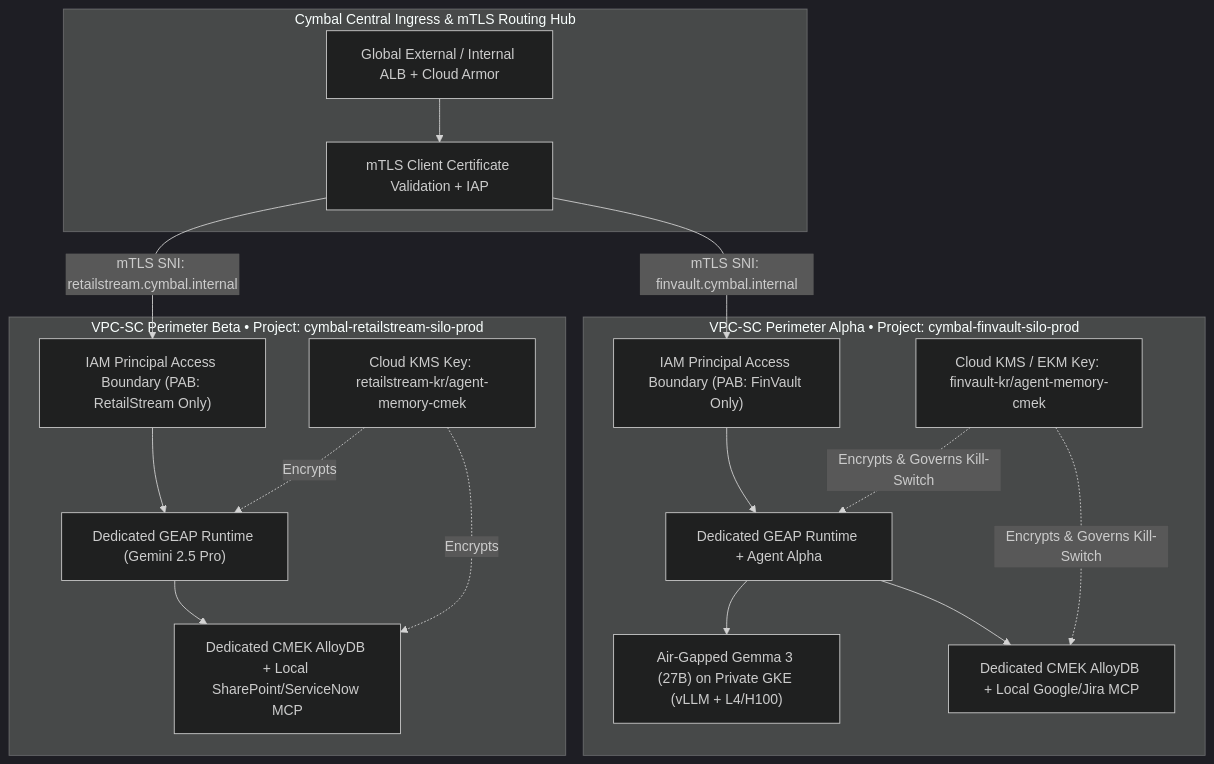
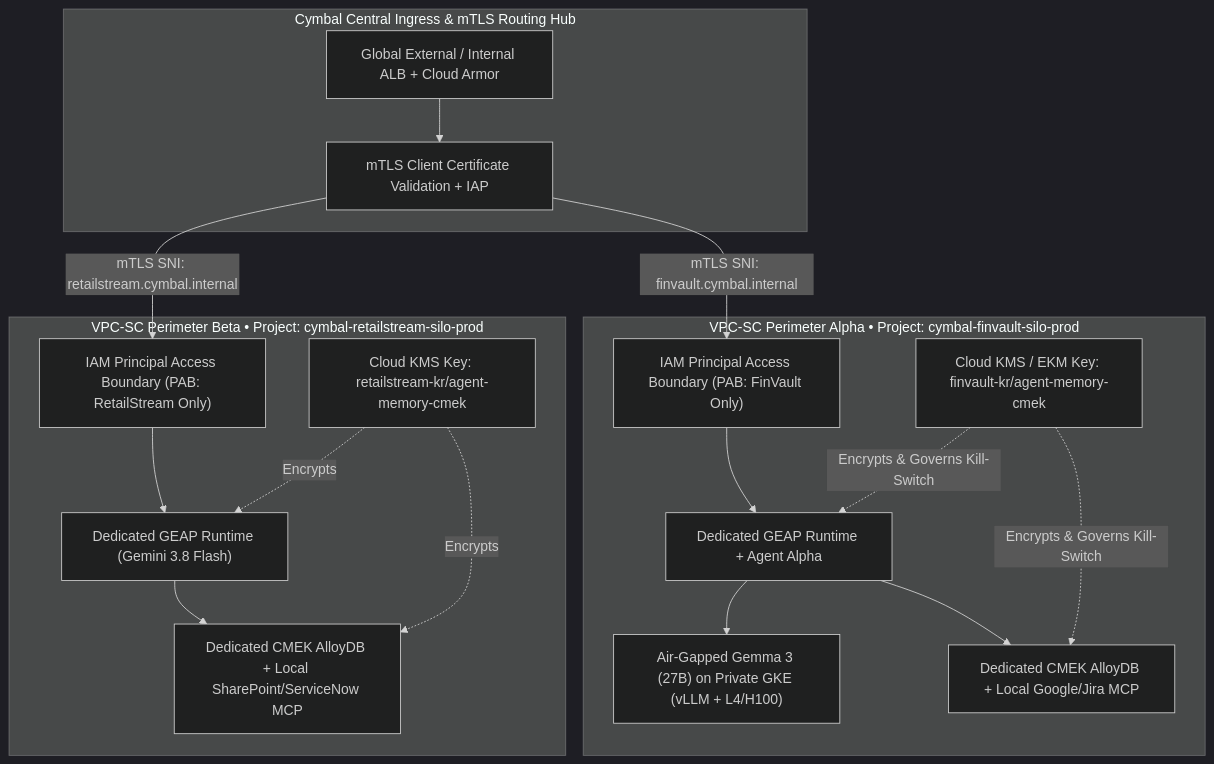
Before and after one commit to nitinaggarwal-12/blogs: the diagram in workstream-3-pattern-b-siloed/3.1-case-study-and-solution-architecture.md, drawn with Mermaid (dark theme). The commit also changed other lines of this file and 984 other files, not shown here.

````diff
--- a/workstream-3-pattern-b-siloed/3.1-case-study-and-solution-architecture.md
+++ b/workstream-3-pattern-b-siloed/3.1-case-study-and-solution-architecture.md
@@ -26,31 +26,31 @@
 ```mermaid
 flowchart TB
     subgraph RoutingHub["Cymbal Central Ingress & mTLS Routing Hub"]
         ALB["Global External / Internal ALB + Cloud Armor"]
         mTLS["mTLS Client Certificate Validation + IAP"]
     end
 
     subgraph FinVaultSilo["VPC-SC Perimeter Alpha • Project: cymbal-finvault-silo-prod"]
         PAB_FV["IAM Principal Access Boundary (PAB: FinVault Only)"]
         CMEK_FV["Cloud KMS / EKM Key: finvault-kr/agent-memory-cmek"]
         GEAP_FV["Dedicated GEAP Runtime + Agent Alpha"]
         GKE_Gemma["Air-Gapped Gemma 3 (27B) on Private GKE (vLLM + L4/H100)"]
         Data_FV["Dedicated CMEK AlloyDB + Local Google/Jira MCP"]
     end
 
     subgraph RetailStreamSilo["VPC-SC Perimeter Beta • Project: cymbal-retailstream-silo-prod"]
         PAB_RS["IAM Principal Access Boundary (PAB: RetailStream Only)"]
         CMEK_RS["Cloud KMS Key: retailstream-kr/agent-memory-cmek"]
-        GEAP_RS["Dedicated GEAP Runtime (Gemini 2.5 Pro)"]
+        GEAP_RS["Dedicated GEAP Runtime (Gemini 3.8 Flash)"]
         Data_RS["Dedicated CMEK AlloyDB + Local SharePoint/ServiceNow MCP"]
     end
 
     ALB --> mTLS
     mTLS -->|mTLS SNI: finvault.cymbal.internal| PAB_FV
     mTLS -->|mTLS SNI: retailstream.cymbal.internal| PAB_RS
     PAB_FV --> GEAP_FV
     GEAP_FV --> GKE_Gemma & Data_FV
     CMEK_FV -.->|Encrypts & Governs Kill-Switch| GEAP_FV & Data_FV
     PAB_RS --> GEAP_RS --> Data_RS
     CMEK_RS -.->|Encrypts| GEAP_RS & Data_RS
 ```
````
